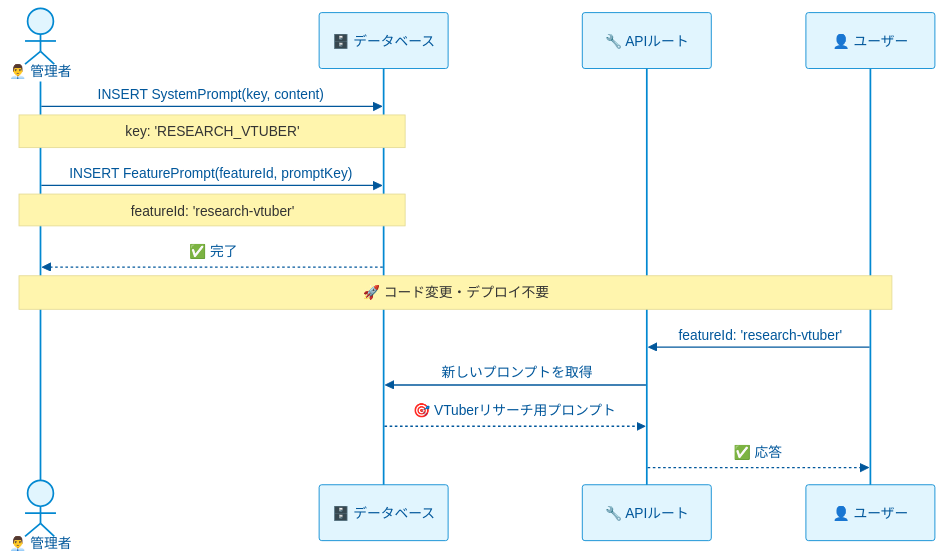
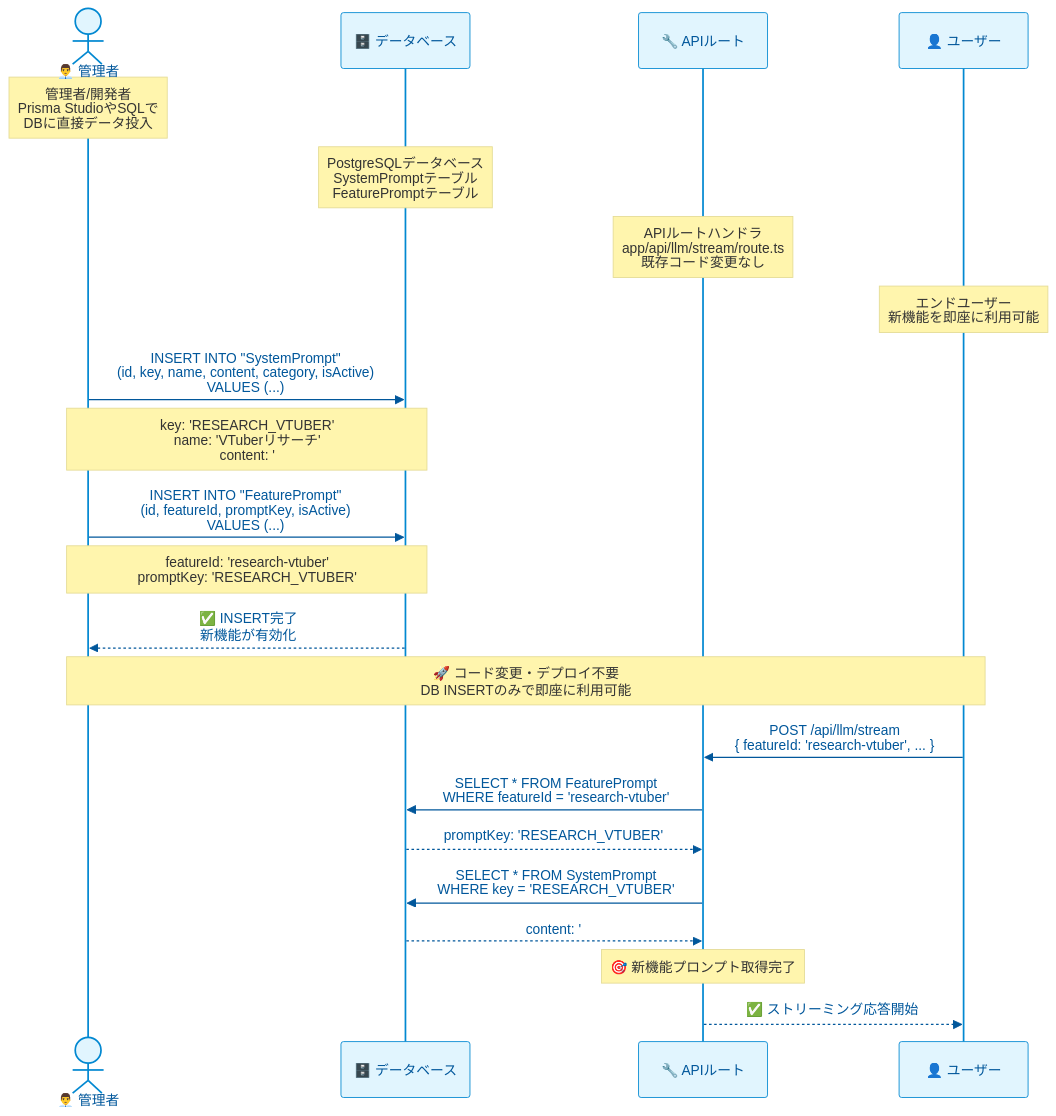
One commit to langcore-org/united-productions-web changed the sixth of 7 diagrams in docs/specs/api-integration/system-prompt-generation.md. Above: the diagram before and after it, drawn with Mermaid. The commit also changed other lines of this file and 12 other files, not shown here.

````diff
--- a/docs/specs/api-integration/system-prompt-generation.md
+++ b/docs/specs/api-integration/system-prompt-generation.md
@@ -250,21 +510,31 @@
 ```mermaid
 %%{init: {'theme': 'base', 'themeVariables': { 'primaryColor': '#e1f5fe', 'primaryTextColor': '#01579b', 'primaryBorderColor': '#0288d1', 'lineColor': '#0288d1', 'secondaryColor': '#fff3e0', 'tertiaryColor': '#e8f5e9', 'actorBkgColor': '#e1f5fe', 'actorTextColor': '#01579b', 'actorLineColor': '#0288d1', 'background': '#fafafa'}}}%%
 sequenceDiagram
     actor Admin as 👨‍💼 管理者
     participant DB as 🗄️ データベース
     participant API as 🔧 APIルート
     participant User as 👤 ユーザー
 
-    Admin->>DB: INSERT SystemPrompt(key, content)
-    Note over Admin,DB: key: 'RESEARCH_VTUBER'
-    Admin->>DB: INSERT FeaturePrompt(featureId, promptKey)
-    Note over Admin,DB: featureId: 'research-vtuber'
-    DB-->>Admin: ✅ 完了
+    Note over Admin: 管理者/開発者<br/>Prisma StudioやSQLで<br/>DBに直接データ投入
+    Note over DB: PostgreSQLデータベース<br/>SystemPromptテーブル<br/>FeaturePromptテーブル
+    Note over API: APIルートハンドラ<br/>app/api/llm/stream/route.ts<br/>既存コード変更なし
+    Note over User: エンドユーザー<br/>新機能を即座に利用可能
 
-    Note over Admin,User: 🚀 コード変更・デプロイ不要
+    Admin->>DB: INSERT INTO "SystemPrompt"<br/>(id, key, name, content, category, isActive)<br/>VALUES (...)
+    Note over Admin,DB: key: 'RESEARCH_VTUBER'<br/>name: 'VTuberリサーチ'<br/>content: '## VTuberリサーチ...'
 
-    User->>API: featureId: 'research-vtuber'
-    API->>DB: 新しいプロンプトを取得
-    DB-->>API: 🎯 VTuberリサーチ用プロンプト
-    API-->>User: ✅ 応答
+    Admin->>DB: INSERT INTO "FeaturePrompt"<br/>(id, featureId, promptKey, isActive)<br/>VALUES (...)
+    Note over Admin,DB: featureId: 'research-vtuber'<br/>promptKey: 'RESEARCH_VTUBER'
+
+    DB-->>Admin: ✅ INSERT完了<br/>新機能が有効化
+
+    Note over Admin,User: 🚀 コード変更・デプロイ不要<br/>DB INSERTのみで即座に利用可能
+
+    User->>API: POST /api/llm/stream<br/>{ featureId: 'research-vtuber', ... }
+    API->>DB: SELECT * FROM FeaturePrompt<br/>WHERE featureId = 'research-vtuber'
+    DB-->>API: promptKey: 'RESEARCH_VTUBER'
+    API->>DB: SELECT * FROM SystemPrompt<br/>WHERE key = 'RESEARCH_VTUBER'
+    DB-->>API: content: '## VTuberリサーチ...'
+    Note over API: 🎯 新機能プロンプト取得完了
+    API-->>User: ✅ ストリーミング応答開始
 ```
````
